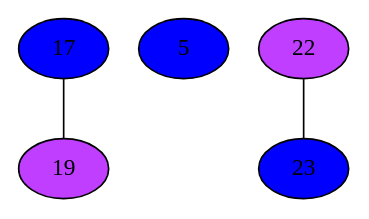
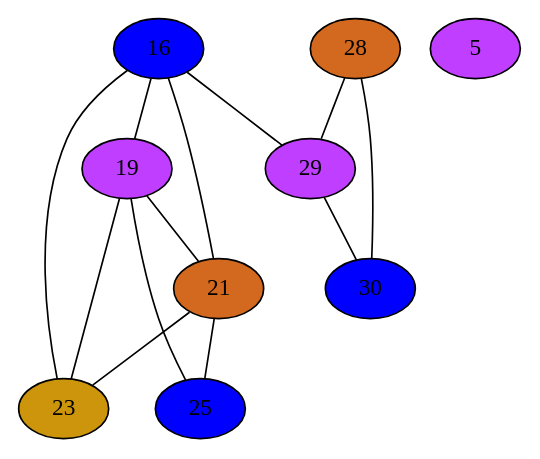
The diagram in Compiler/0iGraph.dot (mbajaj92/Project-Astoria), drawn with Graphviz before and after one commit. The commit also changed 54 other files, not shown here.

```diff
--- a/Compiler/0iGraph.dot
+++ b/Compiler/0iGraph.dot
@@ -1,11 +1,35 @@
 strict graph {
-17[label="17" style=filled fillcolor="blue1"];
-17 -- 19
+16[label="16" style=filled fillcolor="blue1"];
+16 -- 19
+16 -- 21
+16 -- 23
+16 -- 29
 19[label="19" style=filled fillcolor="darkorchid1"];
-19 -- 17
-5[label="5" style=filled fillcolor="blue1"];
-22[label="22" style=filled fillcolor="darkorchid1"];
-22 -- 23
-23[label="23" style=filled fillcolor="blue1"];
-23 -- 22
+19 -- 16
+19 -- 21
+19 -- 23
+19 -- 25
+21[label="21" style=filled fillcolor="chocolate"];
+21 -- 16
+21 -- 19
+21 -- 23
+21 -- 25
+5[label="5" style=filled fillcolor="darkorchid1"];
+23[label="23" style=filled fillcolor="darkgoldenrod3"];
+23 -- 16
+23 -- 19
+23 -- 21
+25[label="25" style=filled fillcolor="blue1"];
+25 -- 19
+25 -- 21
+28[label="28" style=filled fillcolor="chocolate"];
+28 -- 29
+28 -- 30
+29[label="29" style=filled fillcolor="darkorchid1"];
+29 -- 16
+29 -- 28
+29 -- 30
+30[label="30" style=filled fillcolor="blue1"];
+30 -- 28
+30 -- 29
 }
```
